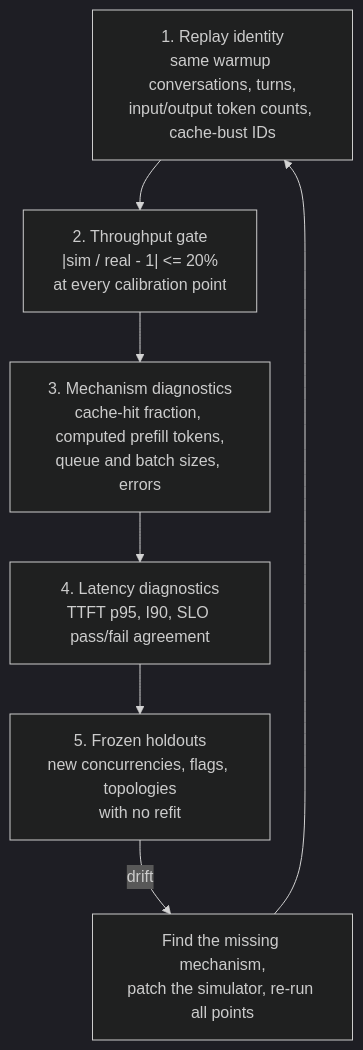
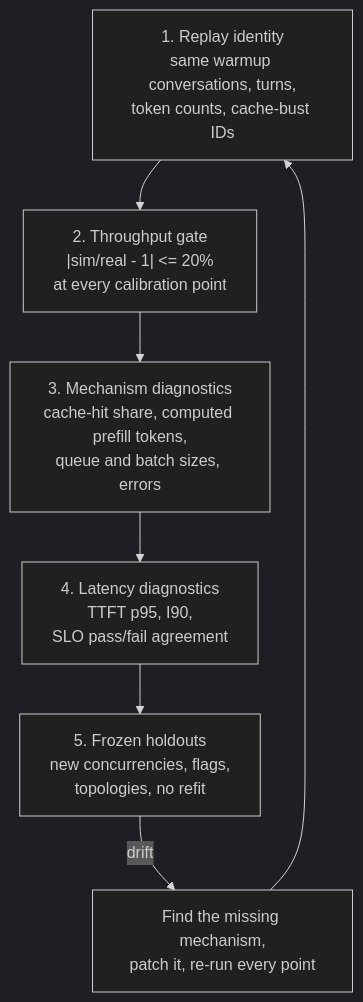
One commit to alisachen-google/gcp-dynamo-cuj changed the fourth of 4 diagrams in kv-cache-aware-bench/AIC_DYNOSIM_SIMULATION_GUIDE.md. Above: the diagram before and after it, drawn with Mermaid (dark theme). The commit also changed other lines of this file, not shown here.

First line of the commit message:
kv-cache-aware-bench: restructure the AIC + DynoSim simulation guide

````diff
--- a/kv-cache-aware-bench/AIC_DYNOSIM_SIMULATION_GUIDE.md
+++ b/kv-cache-aware-bench/AIC_DYNOSIM_SIMULATION_GUIDE.md
@@ -244,9 +348,9 @@
 ```mermaid
 flowchart TB
-  R["1. Replay identity<br/>same warmup conversations, turns,<br/>input/output token counts, cache-bust IDs"] --> T["2. Throughput gate<br/>|sim / real - 1| <= 20%<br/>at every calibration point"]
-  T --> M["3. Mechanism diagnostics<br/>cache-hit fraction, computed prefill tokens,<br/>queue and batch sizes, errors"]
-  M --> L["4. Latency diagnostics<br/>TTFT p95, I90, SLO pass/fail agreement"]
-  L --> HO["5. Frozen holdouts<br/>new concurrencies, flags, topologies<br/>with no refit"]
-  HO -->|"drift"| FIX["Find the missing mechanism,<br/>patch the simulator, re-run all points"]
+  R["1. Replay identity<br/>same warmup conversations, turns,<br/>token counts, cache-bust IDs"] --> T["2. Throughput gate<br/>|sim/real - 1| <= 20%<br/>at every calibration point"]
+  T --> M["3. Mechanism diagnostics<br/>cache-hit share, computed prefill tokens,<br/>queue and batch sizes, errors"]
+  M --> L["4. Latency diagnostics<br/>TTFT p95, I90,<br/>SLO pass/fail agreement"]
+  L --> HO["5. Frozen holdouts<br/>new concurrencies, flags,<br/>topologies, no refit"]
+  HO -->|"drift"| FIX["Find the missing mechanism,<br/>patch it, re-run every point"]
   FIX --> R
 ```
````
